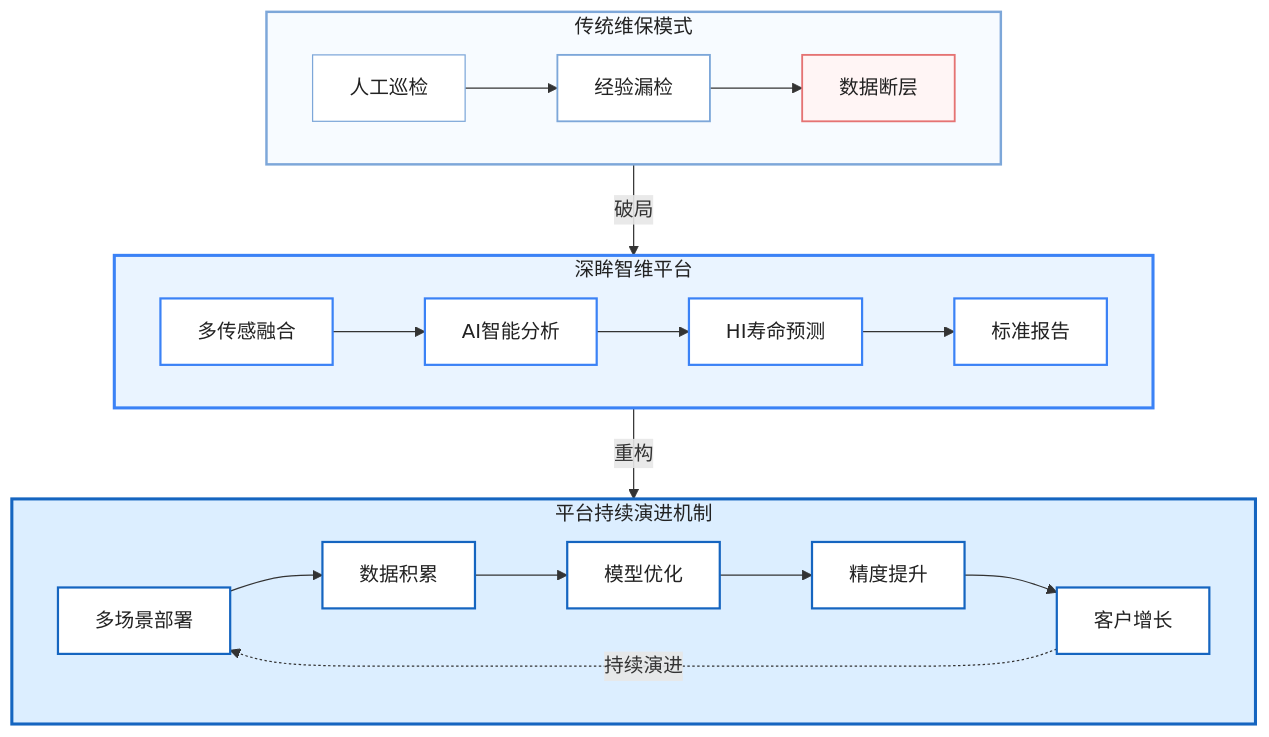
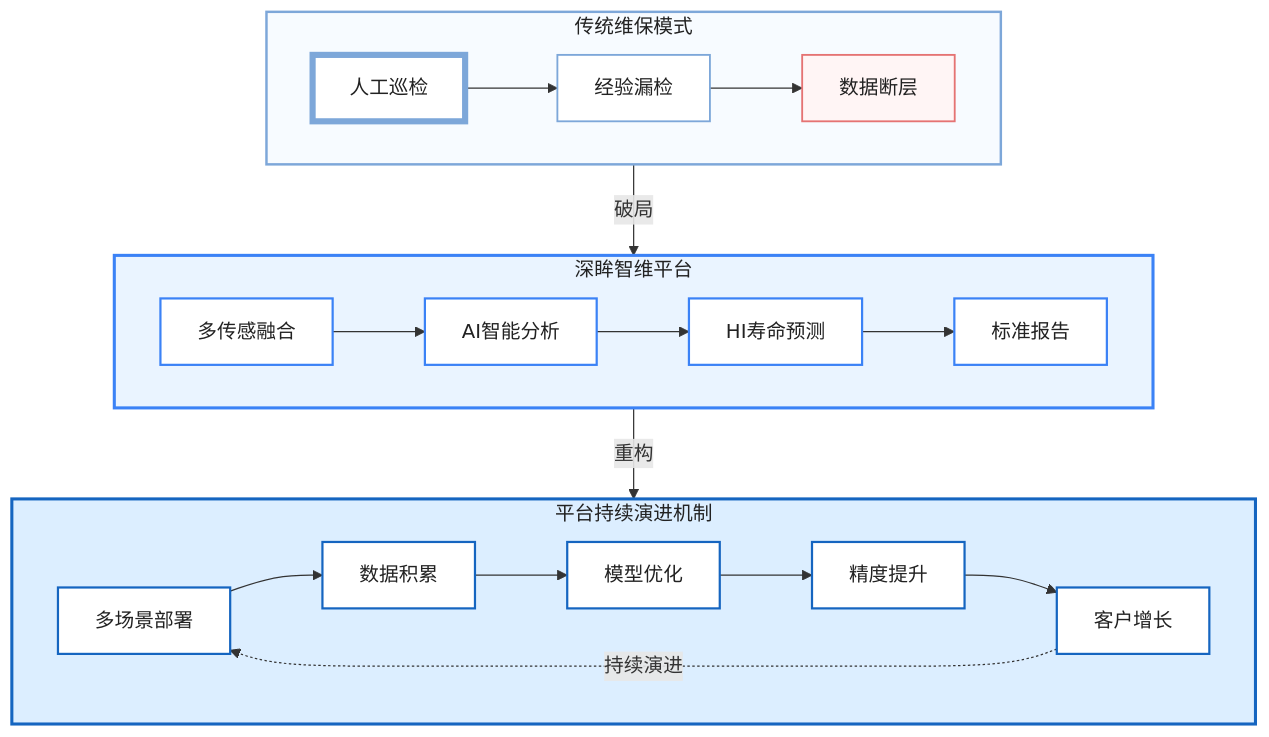
Before and after one commit to LGS91/iodraw-files: the diagram in all/未命名.md, drawn with Mermaid.

Commit message:
2026-07-06 11:39:57 update

````diff
--- a/all/未命名.md
+++ b/all/未命名.md
@@ -1,65 +1,65 @@
 ```mermaid
 flowchart TB
 
 subgraph A["传统维保模式"]
 direction LR
 A1["人工巡检"] --> A2["经验漏检"]
 A2 --> A3["数据断层"]
 end
 
 A -->|破局| B
 
 subgraph B["深眸智维平台"]
 direction LR
 B1["多传感融合"] --> B2["AI智能分析"]
 B2 --> B3["HI寿命预测"]
 B3 --> B4["标准报告"]
 end
 
 B -->|重构| C
 
 subgraph C["平台持续演进机制"]
 direction LR
 C1["多场景部署"] --> C2["数据积累"]
 C2 --> C3["模型优化"]
 C3 --> C4["精度提升"]
 C4 --> C5["客户增长"]
 C5 -.->|"持续演进"| C1
 end
 
 
 %% =======================
 %% 一级模块（标题框）
 %% =======================
 
 style A fill:#F7FBFF,stroke:#7DA7D9,stroke-width:2px,color:#222222
 style B fill:#EAF4FF,stroke:#3B82F6,stroke-width:2.5px,color:#222222
 style C fill:#DCEEFF,stroke:#1565C0,stroke-width:2.5px,color:#222222
 
 %% =======================
 %% 传统维保
 %% =======================
 
-style A1 fill:#FFFFFF,stroke:#7DA7D9,stroke-width:1px,color:#222222
+style A1 fill:#FFFFFF,stroke:#7DA7D9,stroke-width:5px,color:#222222
 style A2 fill:#FFFFFF,stroke:#7DA7D9,stroke-width:1.5px,color:#222222
 style A3 fill:#FFF5F5,stroke:#E57373,stroke-width:1.5px,color:#222222
 
 %% =======================
 %% 深眸智维
 %% =======================
 
 style B1 fill:#FFFFFF,stroke:#3B82F6,stroke-width:1.8px,color:#222222
 style B2 fill:#FFFFFF,stroke:#3B82F6,stroke-width:1.8px,color:#222222
 style B3 fill:#FFFFFF,stroke:#3B82F6,stroke-width:1.8px,color:#222222
 style B4 fill:#FFFFFF,stroke:#3B82F6,stroke-width:1.8px,color:#222222
 
 %% =======================
 %% 平台演进
 %% =======================
 
 style C1 fill:#FFFFFF,stroke:#1565C0,stroke-width:1.8px,color:#222222
 style C2 fill:#FFFFFF,stroke:#1565C0,stroke-width:1.8px,color:#222222
 style C3 fill:#FFFFFF,stroke:#1565C0,stroke-width:1.8px,color:#222222
 style C4 fill:#FFFFFF,stroke:#1565C0,stroke-width:1.8px,color:#222222
 style C5 fill:#FFFFFF,stroke:#1565C0,stroke-width:1.8px,color:#222222
 ```
````
